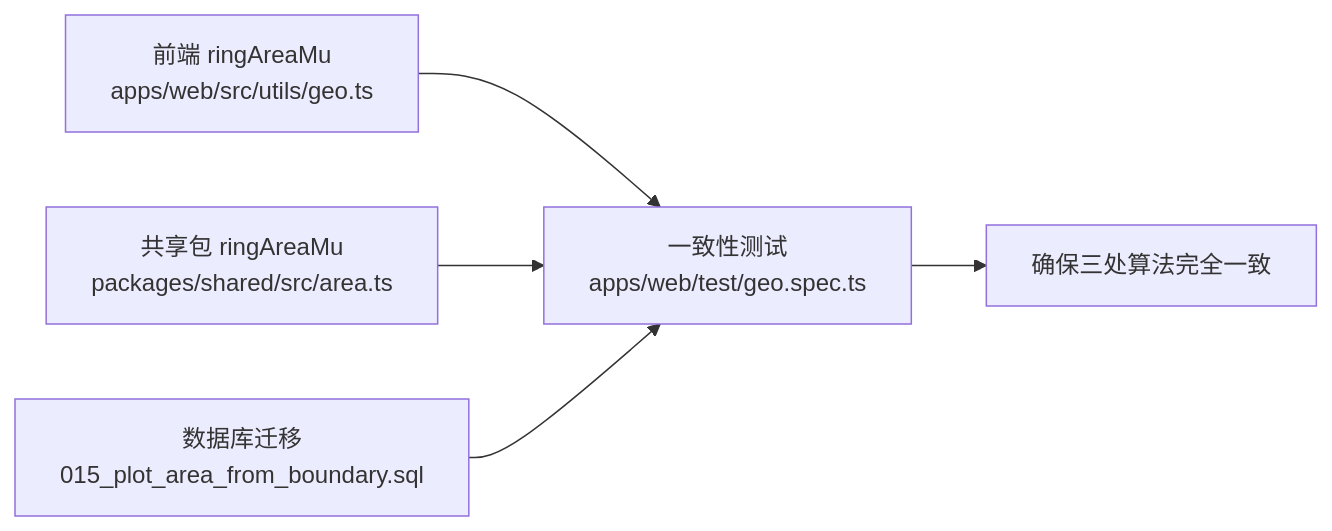
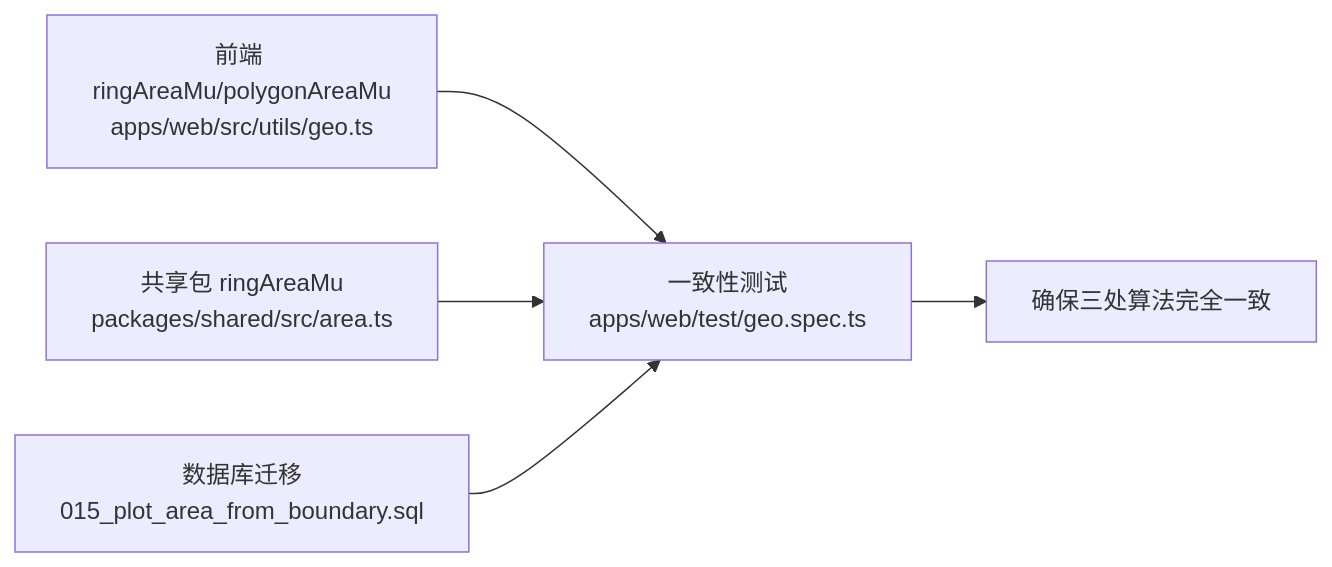
Before and after one commit to q446328246/agri-platform: the ninth of 11 diagrams in .qoder/repowiki/zh/content/前端应用文档/核心页面/地块管理页面/地块管理页面.md, drawn with Mermaid. The commit also changed other lines of this file and 52 other files, not shown here.

````diff
--- a/.qoder/repowiki/zh/content/前端应用文档/核心页面/地块管理页面/地块管理页面.md
+++ b/.qoder/repowiki/zh/content/前端应用文档/核心页面/地块管理页面/地块管理页面.md
@@ -381,7 +450,7 @@
 ```mermaid
 flowchart LR
-Frontend["前端 ringAreaMu<br/>apps/web/src/utils/geo.ts"] --> Test["一致性测试<br/>apps/web/test/geo.spec.ts"]
+Frontend["前端 ringAreaMu/polygonAreaMu<br/>apps/web/src/utils/geo.ts"] --> Test["一致性测试<br/>apps/web/test/geo.spec.ts"]
 Shared["共享包 ringAreaMu<br/>packages/shared/src/area.ts"] --> Test
 Migration["数据库迁移<br/>015_plot_area_from_boundary.sql"] --> Test
 Test --> Consistency["确保三处算法完全一致"]
 ```
````
